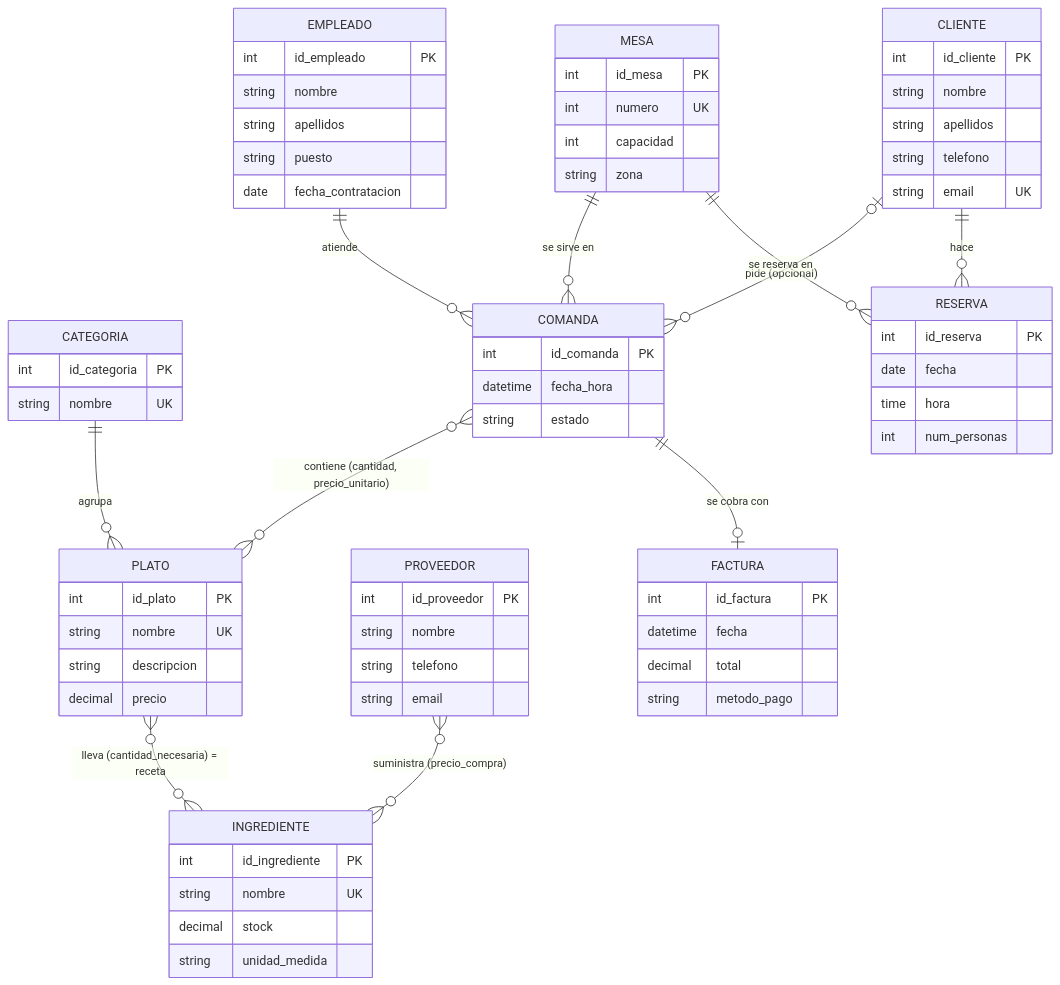
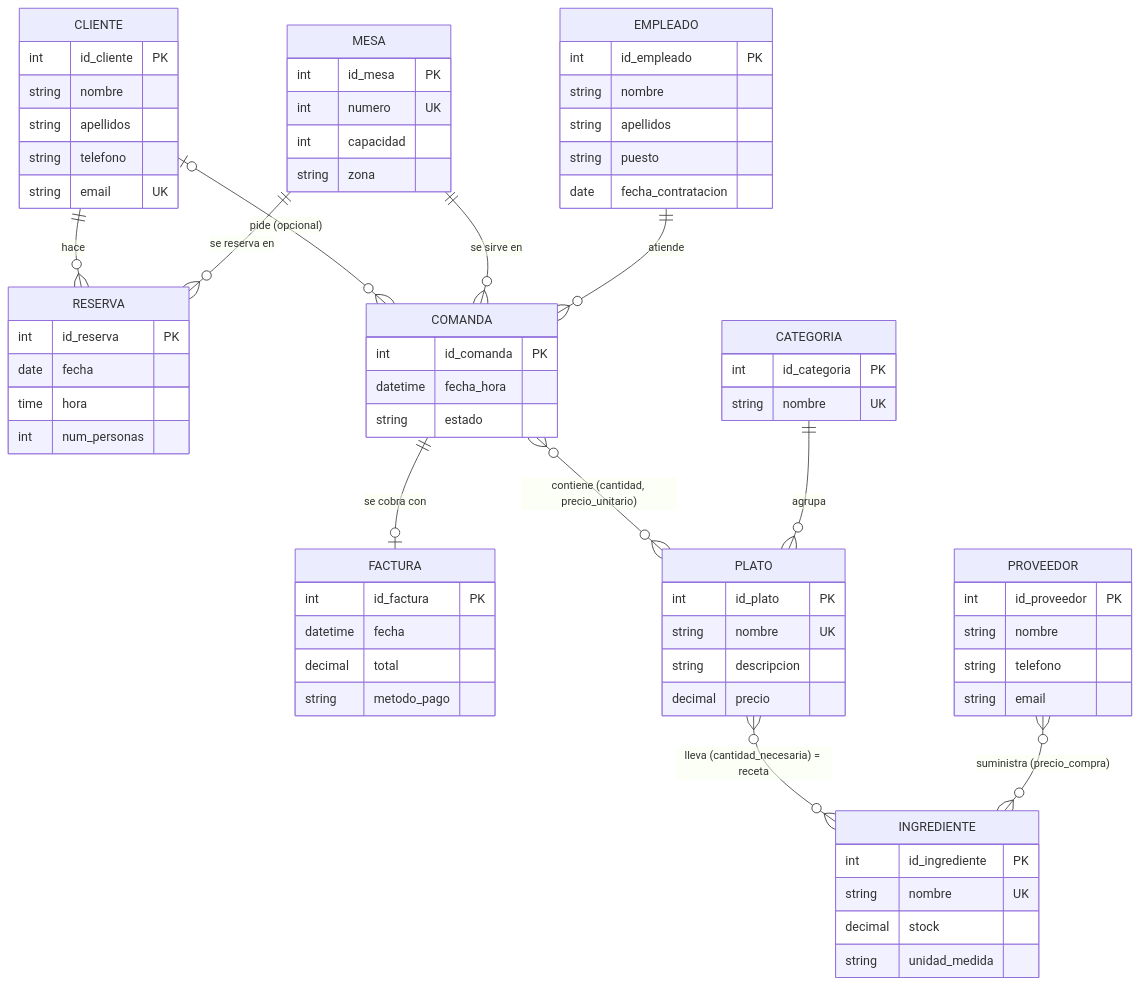
The diagram in diagramas/modelo-er-conceptual.mmd (krako829/almichain-reto1), drawn with Mermaid before and after one commit. The commit also changed other lines of this file and 13 other files, not shown here.

```diff
--- a/diagramas/modelo-er-conceptual.mmd
+++ b/diagramas/modelo-er-conceptual.mmd
@@ -1,53 +1,53 @@
 %% Almi-Chain · Modelo entidad/relación (conceptual) de la base de datos almichain
 %% Hecho a partir de 07-bd-raid-copias/sql/01-esquema.sql. Notación de pata de gallo:
 %% |o = 0..1   || = 1   }o = 0..N   }| = 1..N
 erDiagram
+  CLIENTE ||--o{ RESERVA : "hace"
+  MESA ||--o{ RESERVA : "se reserva en"
+  CLIENTE |o--o{ COMANDA : "pide (opcional)"
+  MESA ||--o{ COMANDA : "se sirve en"
+  EMPLEADO ||--o{ COMANDA : "atiende"
+  COMANDA ||--o| FACTURA : "se cobra con"
+  COMANDA }o--o{ PLATO : "contiene (cantidad, precio_unitario)"
   CATEGORIA ||--o{ PLATO : "agrupa"
-  COMANDA }o--o{ PLATO : "contiene (cantidad, precio_unitario)"
   PLATO }o--o{ INGREDIENTE : "lleva (cantidad_necesaria) = receta"
   PROVEEDOR }o--o{ INGREDIENTE : "suministra (precio_compra)"
-  MESA ||--o{ COMANDA : "se sirve en"
-  EMPLEADO ||--o{ COMANDA : "atiende"
-  CLIENTE |o--o{ COMANDA : "pide (opcional)"
-  COMANDA ||--o| FACTURA : "se cobra con"
-  CLIENTE ||--o{ RESERVA : "hace"
-  MESA ||--o{ RESERVA : "se reserva en"
   CLIENTE { int id_cliente PK
     string nombre
     string apellidos
     string telefono
     string email UK }
   MESA { int id_mesa PK
     int numero UK
     int capacidad
     string zona }
   EMPLEADO { int id_empleado PK
     string nombre
     string apellidos
     string puesto
     date fecha_contratacion }
   RESERVA { int id_reserva PK
     date fecha
     time hora
     int num_personas }
   COMANDA { int id_comanda PK
     datetime fecha_hora
     string estado }
   PLATO { int id_plato PK
     string nombre UK
     string descripcion
     decimal precio }
   CATEGORIA { int id_categoria PK
     string nombre UK }
   INGREDIENTE { int id_ingrediente PK
     string nombre UK
     decimal stock
     string unidad_medida }
   PROVEEDOR { int id_proveedor PK
     string nombre
     string telefono
     string email }
   FACTURA { int id_factura PK
     datetime fecha
     decimal total
     string metodo_pago }
```
